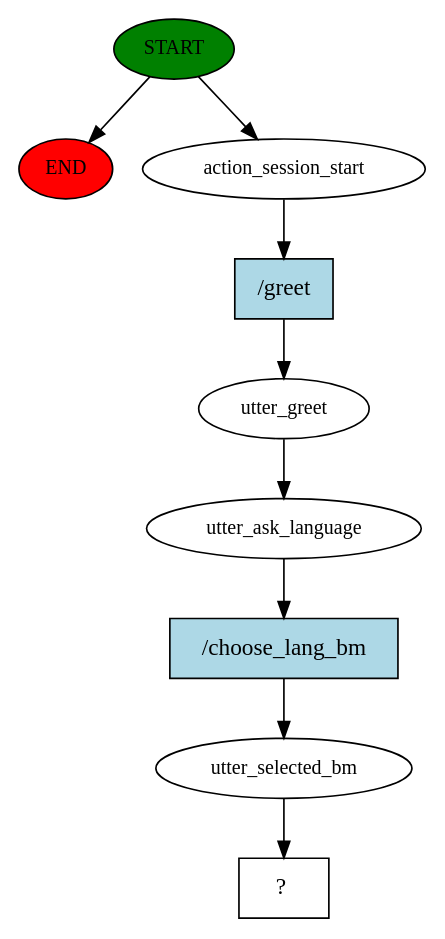
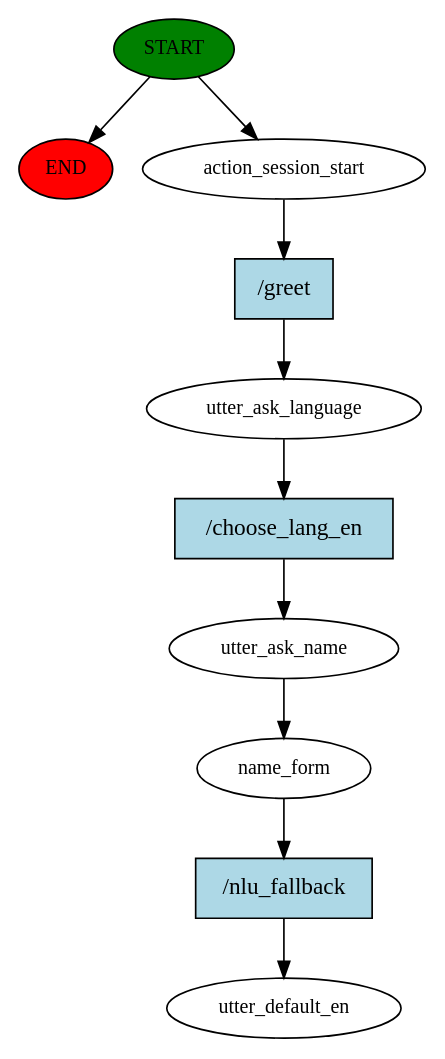
Before and after one commit to ShananSaravanan/i-PLH_Chatbot: the diagram in story_graph.dot, drawn with Graphviz. The commit also changed 1192 other files, not shown here.

```diff
--- a/story_graph.dot
+++ b/story_graph.dot
@@ -1,19 +1,21 @@
 digraph  {
 0 [class="start active", fillcolor=green, fontsize=12, label=START, style=filled];
 "-1" [class=end, fillcolor=red, fontsize=12, label=END, style=filled];
 1 [class=active, fontsize=12, label=action_session_start];
-2 [class=active, fontsize=12, label=utter_greet];
-3 [class=active, fontsize=12, label=utter_ask_language];
-4 [class=active, fontsize=12, label=utter_selected_bm];
-5 [class="intent dashed active", label="  ?  ", shape=rect];
+2 [class=active, fontsize=12, label=utter_ask_language];
+3 [class=active, fontsize=12, label=utter_ask_name];
+4 [class=active, fontsize=12, label=name_form];
+5 [class="dashed active", fontsize=12, label=utter_default_en];
 6 [class="intent active", fillcolor=lightblue, label="/greet", shape=rect, style=filled];
-7 [class="intent active", fillcolor=lightblue, label="/choose_lang_bm", shape=rect, style=filled];
+7 [class="intent active", fillcolor=lightblue, label="/choose_lang_en", shape=rect, style=filled];
+8 [class="intent active", fillcolor=lightblue, label="/nlu_fallback", shape=rect, style=filled];
 0 -> "-1"  [class="", key=NONE, label=""];
 0 -> 1  [class=active, key=NONE, label=""];
 1 -> 6  [class=active, key=0];
-2 -> 3  [class=active, key=NONE, label=""];
-3 -> 7  [class=active, key=0];
-4 -> 5  [class=active, key=NONE, label=""];
+2 -> 7  [class=active, key=0];
+3 -> 4  [class=active, key=NONE, label=""];
+4 -> 8  [class=active, key=0];
 6 -> 2  [class=active, key=0];
-7 -> 4  [class=active, key=0];
+7 -> 3  [class=active, key=0];
+8 -> 5  [class=active, key=0];
 }
```
